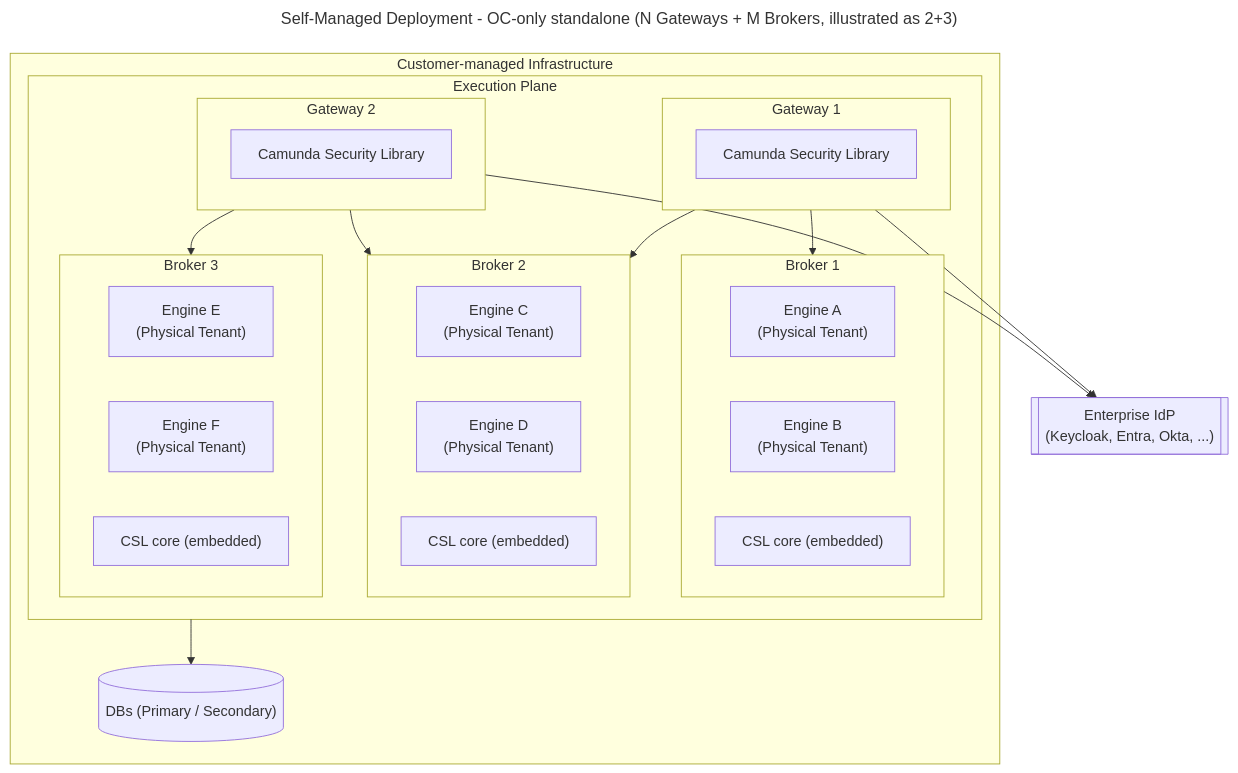
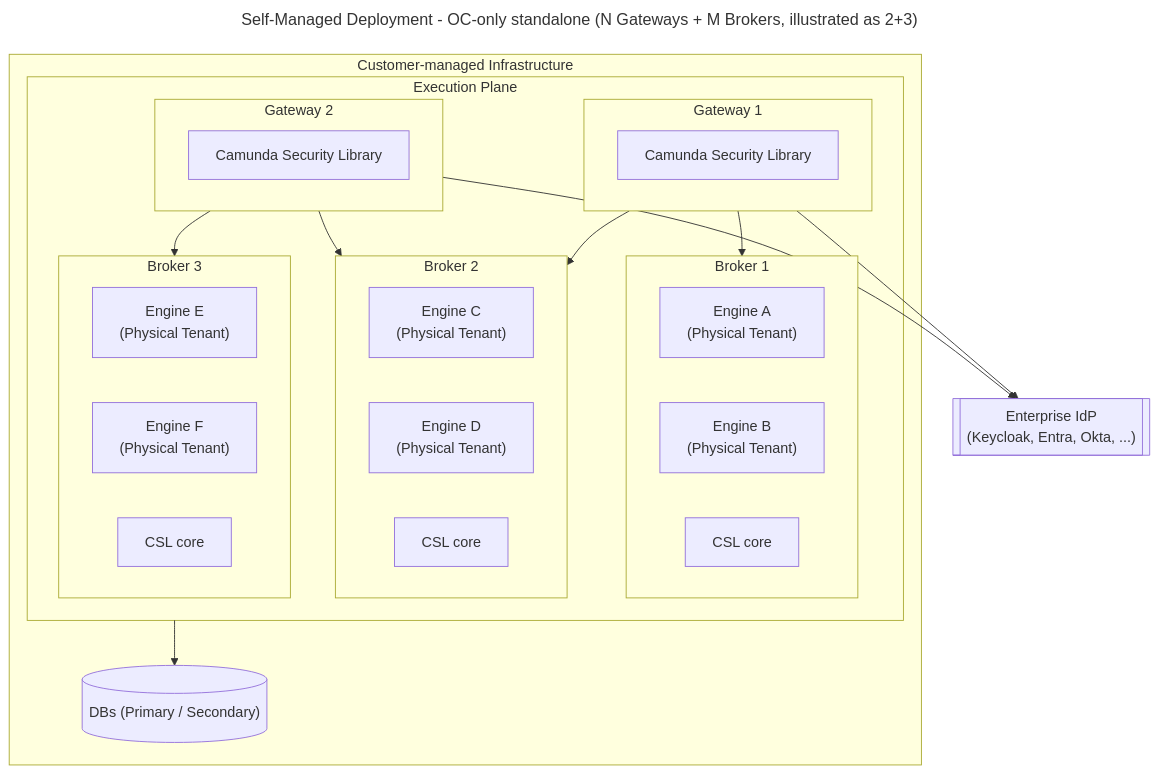
Before and after one commit to camunda/camunda-security-library: the third of 4 diagrams in docs/architecture/07-deployment-view.md, drawn with Mermaid. The commit also changed other lines of this file and 6 other files, not shown here.

````diff
--- a/docs/architecture/07-deployment-view.md
+++ b/docs/architecture/07-deployment-view.md
@@ -134,45 +134,45 @@
 ```mermaid
 ---
 title: Self-Managed Deployment - OC-only standalone (N Gateways + M Brokers, illustrated as 2+3)
 ---
 flowchart TB
   subgraph Customer["Customer-managed Infrastructure"]
     subgraph Execution["Execution Plane"]
       subgraph GW1["Gateway 1"]
         GW1CSL["Camunda Security Library"]
       end
       subgraph GW2["Gateway 2"]
         GW2CSL["Camunda Security Library"]
       end
 
       subgraph Broker1["Broker 1"]
         B1E1["Engine A</br>(Physical Tenant)"]
         B1E2["Engine B</br>(Physical Tenant)"]
-        B1Core["CSL core (embedded)"]
+        B1Core["CSL core"]
       end
 
       subgraph Broker2["Broker 2"]
         B2E1["Engine C</br>(Physical Tenant)"]
         B2E2["Engine D</br>(Physical Tenant)"]
-        B2Core["CSL core (embedded)"]
+        B2Core["CSL core"]
       end
 
       subgraph Broker3["Broker 3"]
         B3E1["Engine E</br>(Physical Tenant)"]
         B3E2["Engine F</br>(Physical Tenant)"]
-        B3Core["CSL core (embedded)"]
+        B3Core["CSL core"]
       end
 
       GW1 --> Broker1
       GW1 --> Broker2
       GW2 --> Broker2
       GW2 --> Broker3
     end
 
     DBs[("DBs (Primary / Secondary)")]
   end
 
   EnterpriseIdP[["Enterprise IdP</br>(Keycloak, Entra, Okta, ...)"]]
   Execution --> DBs
   GW1 & GW2 --> EnterpriseIdP
 ```
````
